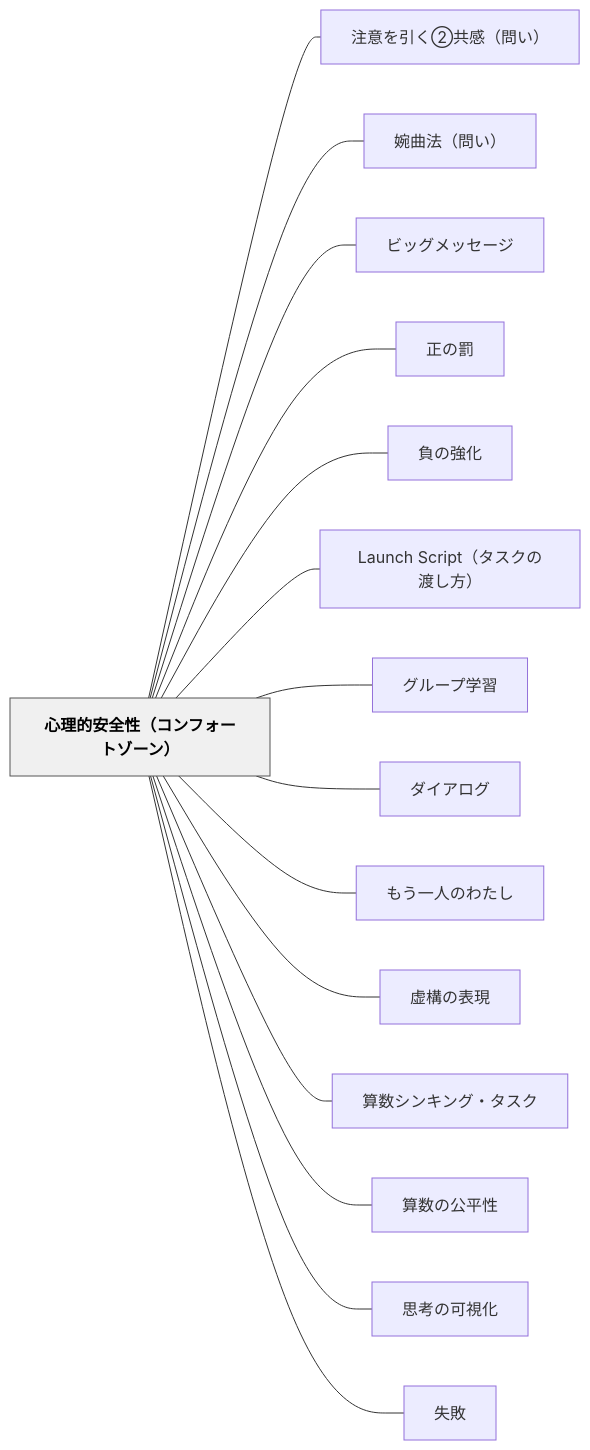
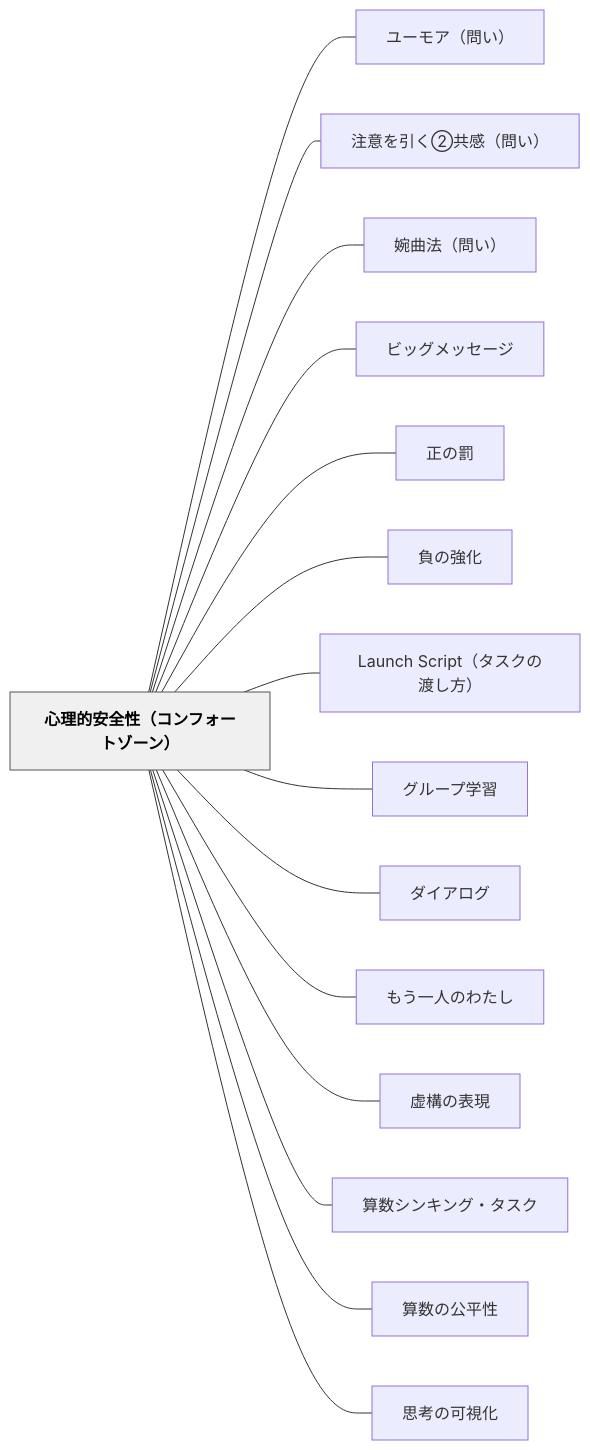
One commit to unknownthings-ed-patterns/unknownthings-ed-patterns changed the diagram in content/パタン/心理的安全性（コンフォートゾーン）.md. Above: the diagram before and after it, drawn with Mermaid. The commit also changed other lines of this file and 44 other files, not shown here.

````diff
--- a/content/パタン/心理的安全性（コンフォートゾーン）.md
+++ b/content/パタン/心理的安全性（コンフォートゾーン）.md
@@ -58,36 +58,36 @@
 ```mermaid
 flowchart LR
     ne5bf83e79086e79a84e5ae89e585a8e680a7efbc88e382b3e383b3e38395e382a9e383bce38388e382bee383bce383b3efbc89["心理的安全性（コンフォートゾーン）"]
+    ne383a6e383bce383a2e382a2efbc88e5958fe38184efbc89["ユーモア（問い）"]
     ne6b3a8e6848fe38292e5bc95e3818fe291a1e585b1e6849fefbc88e5958fe38184efbc89["注意を引く②共感（問い）"]
     ne5a989e69bb2e6b395efbc88e5958fe38184efbc89["婉曲法（問い）"]
     ne38393e38383e382b0e383a1e38383e382bbe383bce382b8["ビッグメッセージ"]
     ne6ada3e381aee7bdb0["正の罰"]
     ne8b2a0e381aee5bcb7e58c96["負の強化"]
     n4c61756e636820536372697074efbc88e382bfe382b9e382afe381aee6b8a1e38197e696b9efbc89["Launch Script（タスクの渡し方）"]
     ne382b0e383abe383bce38397e5ada6e7bf92["グループ学習"]
     ne38380e382a4e382a2e383ade382b0["ダイアログ"]
     ne38282e38186e4b880e4babae381aee3828fe3819fe38197["もう一人のわたし"]
     ne8999ae6a78be381aee8a1a8e78fbe["虚構の表現"]
     ne7ae97e695b0e382b7e383b3e382ade383b3e382b0e383bbe382bfe382b9e382af["算数シンキング・タスク"]
     ne7ae97e695b0e381aee585ace5b9b3e680a7["算数の公平性"]
     ne6809de88083e381aee58fafe8a696e58c96["思考の可視化"]
-    ne5a4b1e69597["失敗"]
 
+    ne5bf83e79086e79a84e5ae89e585a8e680a7efbc88e382b3e383b3e38395e382a9e383bce38388e382bee383bce383b3efbc89 --- ne383a6e383bce383a2e382a2efbc88e5958fe38184efbc89
     ne5bf83e79086e79a84e5ae89e585a8e680a7efbc88e382b3e383b3e38395e382a9e383bce38388e382bee383bce383b3efbc89 --- ne6b3a8e6848fe38292e5bc95e3818fe291a1e585b1e6849fefbc88e5958fe38184efbc89
     ne5bf83e79086e79a84e5ae89e585a8e680a7efbc88e382b3e383b3e38395e382a9e383bce38388e382bee383bce383b3efbc89 --- ne5a989e69bb2e6b395efbc88e5958fe38184efbc89
     ne5bf83e79086e79a84e5ae89e585a8e680a7efbc88e382b3e383b3e38395e382a9e383bce38388e382bee383bce383b3efbc89 --- ne38393e38383e382b0e383a1e38383e382bbe383bce382b8
     ne5bf83e79086e79a84e5ae89e585a8e680a7efbc88e382b3e383b3e38395e382a9e383bce38388e382bee383bce383b3efbc89 --- ne6ada3e381aee7bdb0
     ne5bf83e79086e79a84e5ae89e585a8e680a7efbc88e382b3e383b3e38395e382a9e383bce38388e382bee383bce383b3efbc89 --- ne8b2a0e381aee5bcb7e58c96
     ne5bf83e79086e79a84e5ae89e585a8e680a7efbc88e382b3e383b3e38395e382a9e383bce38388e382bee383bce383b3efbc89 --- n4c61756e636820536372697074efbc88e382bfe382b9e382afe381aee6b8a1e38197e696b9efbc89
     ne5bf83e79086e79a84e5ae89e585a8e680a7efbc88e382b3e383b3e38395e382a9e383bce38388e382bee383bce383b3efbc89 --- ne382b0e383abe383bce38397e5ada6e7bf92
     ne5bf83e79086e79a84e5ae89e585a8e680a7efbc88e382b3e383b3e38395e382a9e383bce38388e382bee383bce383b3efbc89 --- ne38380e382a4e382a2e383ade382b0
     ne5bf83e79086e79a84e5ae89e585a8e680a7efbc88e382b3e383b3e38395e382a9e383bce38388e382bee383bce383b3efbc89 --- ne38282e38186e4b880e4babae381aee3828fe3819fe38197
     ne5bf83e79086e79a84e5ae89e585a8e680a7efbc88e382b3e383b3e38395e382a9e383bce38388e382bee383bce383b3efbc89 --- ne8999ae6a78be381aee8a1a8e78fbe
     ne5bf83e79086e79a84e5ae89e585a8e680a7efbc88e382b3e383b3e38395e382a9e383bce38388e382bee383bce383b3efbc89 --- ne7ae97e695b0e382b7e383b3e382ade383b3e382b0e383bbe382bfe382b9e382af
     ne5bf83e79086e79a84e5ae89e585a8e680a7efbc88e382b3e383b3e38395e382a9e383bce38388e382bee383bce383b3efbc89 --- ne7ae97e695b0e381aee585ace5b9b3e680a7
     ne5bf83e79086e79a84e5ae89e585a8e680a7efbc88e382b3e383b3e38395e382a9e383bce38388e382bee383bce383b3efbc89 --- ne6809de88083e381aee58fafe8a696e58c96
-    ne5bf83e79086e79a84e5ae89e585a8e680a7efbc88e382b3e383b3e38395e382a9e383bce38388e382bee383bce383b3efbc89 --- ne5a4b1e69597
 
     classDef hub fill:#f0f0f0,stroke:#555,color:#000,font-weight:bold
     class ne5bf83e79086e79a84e5ae89e585a8e680a7efbc88e382b3e383b3e38395e382a9e383bce38388e382bee383bce383b3efbc89 hub
 ```
````
